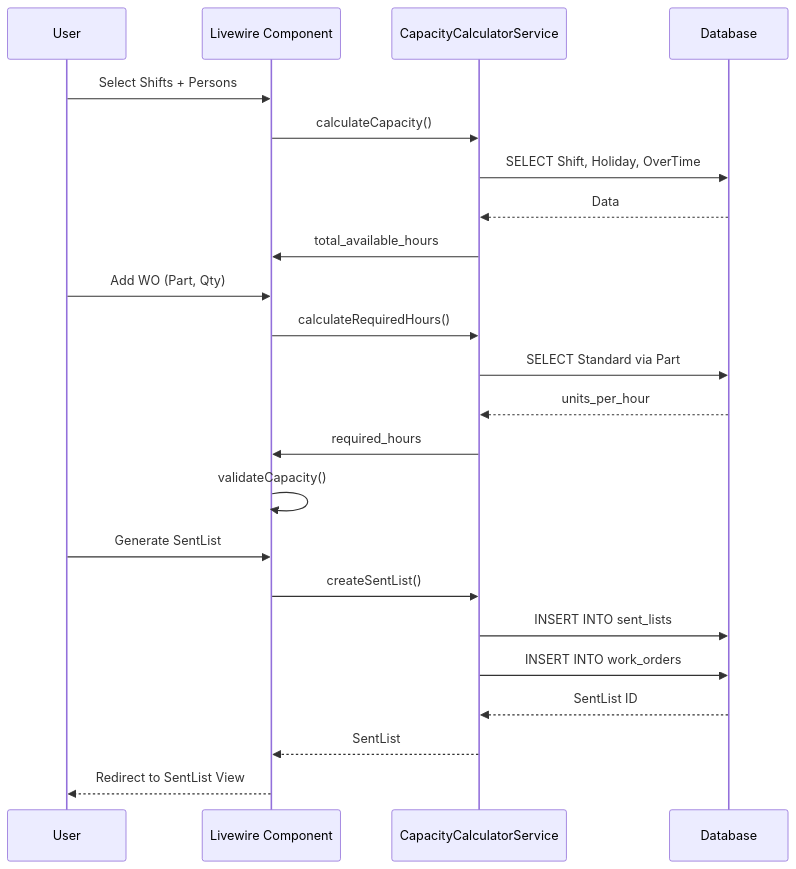
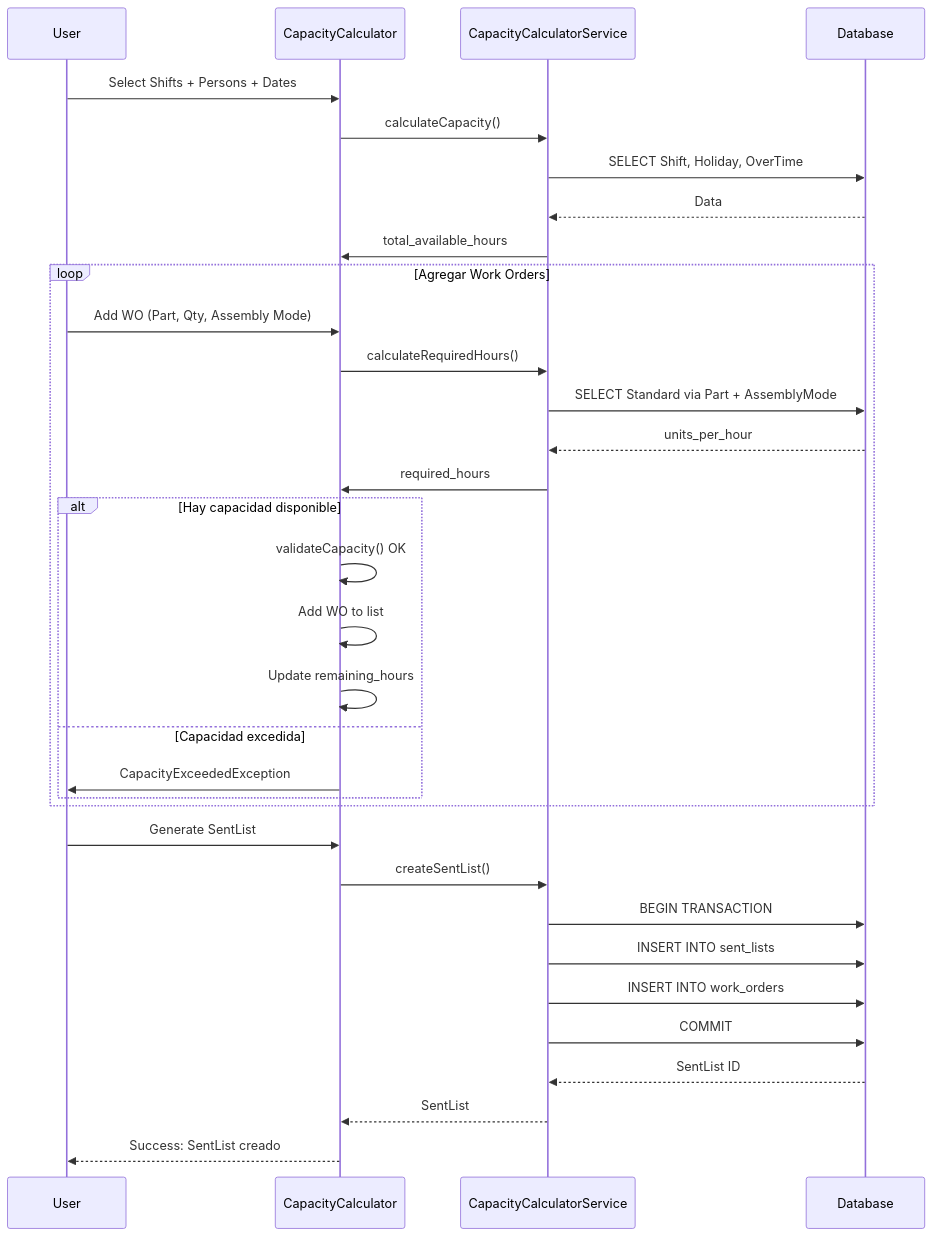
Before and after one commit to laravel/livewire-starter-kit: the second of 3 diagrams in Diagramas_flujo/Estructura/specs/09_production_capacity_calculator_implementation_analysis.md, drawn with Mermaid. The commit also changed other lines of this file and 27 other files, not shown here.

Commit message:
Added Capacity, pending validate and running test

````diff
--- a/Diagramas_flujo/Estructura/specs/09_production_capacity_calculator_implementation_analysis.md
+++ b/Diagramas_flujo/Estructura/specs/09_production_capacity_calculator_implementation_analysis.md
@@ -555,28 +736,44 @@
 ```mermaid
 sequenceDiagram
     participant User
-    participant Component as Livewire Component
+    participant CapCalc as CapacityCalculator
     participant Service as CapacityCalculatorService
     participant DB as Database
 
-    User->>Component: Select Shifts + Persons
-    Component->>Service: calculateCapacity()
+    %% Paso 1-5: Calcular capacidad disponible
+    User->>CapCalc: Select Shifts + Persons + Dates
+    CapCalc->>Service: calculateCapacity()
     Service->>DB: SELECT Shift, Holiday, OverTime
     DB-->>Service: Data
-    Service->>Component: total_available_hours
+    Service->>CapCalc: total_available_hours
 
-    User->>Component: Add WO (Part, Qty)
-    Component->>Service: calculateRequiredHours()
-    Service->>DB: SELECT Standard via Part
-    DB-->>Service: units_per_hour
-    Service->>Component: required_hours
-    Component->>Component: validateCapacity()
+    %% Paso 6-10: Agregar WOs y validar
+    loop Agregar Work Orders
+        User->>CapCalc: Add WO (Part, Qty, Assembly Mode)
+        CapCalc->>Service: calculateRequiredHours()
+        Service->>DB: SELECT Standard via Part + AssemblyMode
+        DB-->>Service: units_per_hour
+        Service->>CapCalc: required_hours
 
-    User->>Component: Generate SentList
-    Component->>Service: createSentList()
+        alt Hay capacidad disponible
+            CapCalc->>CapCalc: validateCapacity() OK
+            CapCalc->>CapCalc: Add WO to list
+            CapCalc->>CapCalc: Update remaining_hours
+        else Capacidad excedida
+            CapCalc->>User: CapacityExceededException
+        end
+    end
+
+    %% Paso 11: Generar SentList
+    User->>CapCalc: Generate SentList
+    CapCalc->>Service: createSentList()
+
+    Service->>DB: BEGIN TRANSACTION
     Service->>DB: INSERT INTO sent_lists
     Service->>DB: INSERT INTO work_orders
+    Service->>DB: COMMIT
+
     DB-->>Service: SentList ID
-    Service-->>Component: SentList
-    Component-->>User: Redirect to SentList View
+    Service-->>CapCalc: SentList
+    CapCalc-->>User: Success: SentList creado
 ```
````
